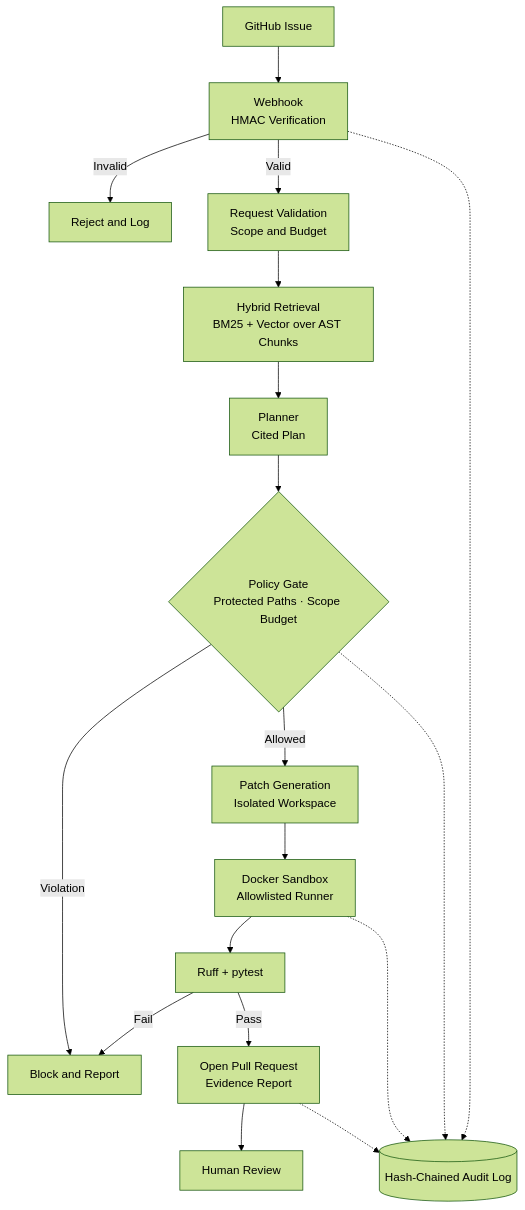
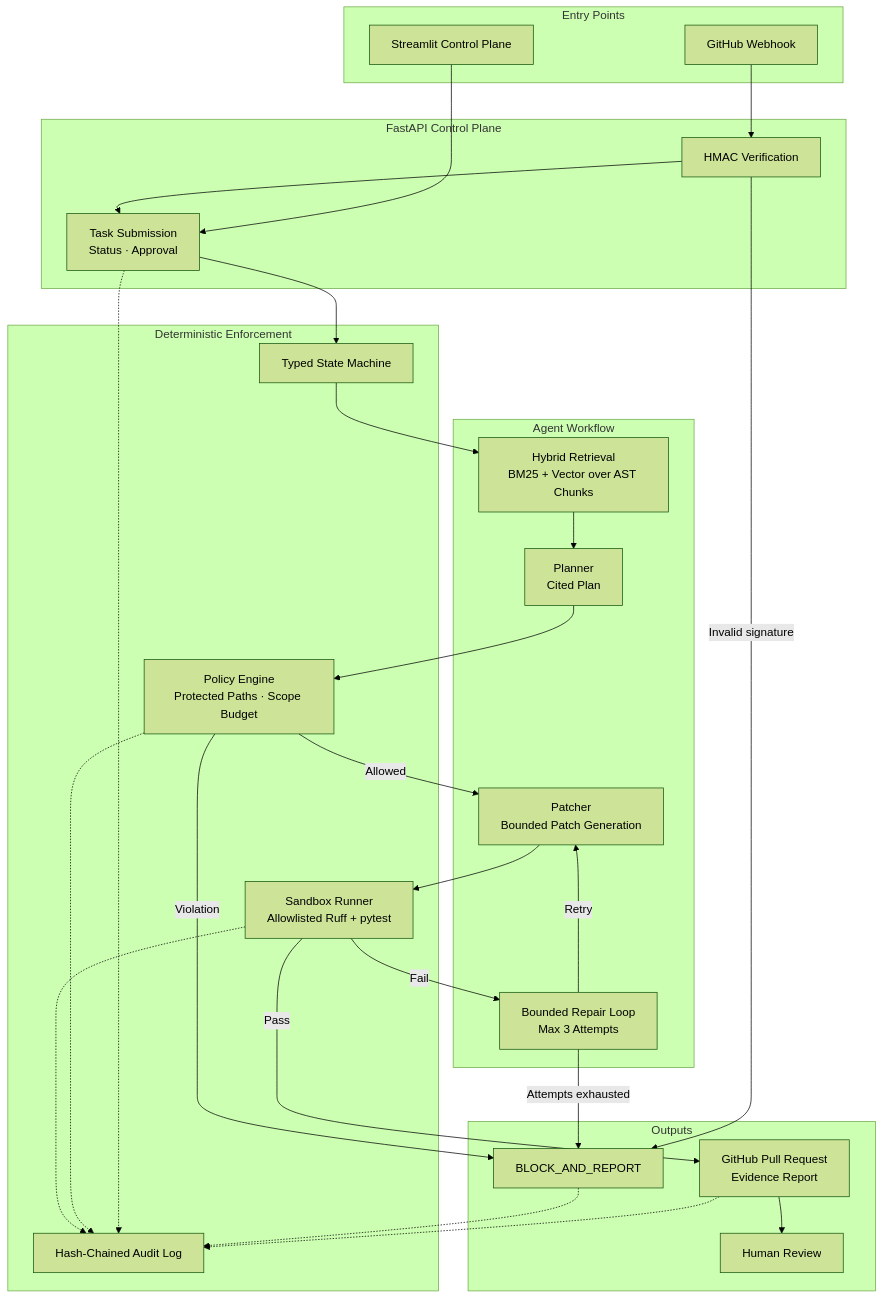
The diagram in README.md (rj1230/patchpilot), drawn with Mermaid (forest theme) before and after one commit. The commit also changed other lines of this file, not shown here.

````diff
--- a/README.md
+++ b/README.md
@@ -81,22 +79,53 @@
 ```mermaid
 flowchart TD
-    A[GitHub Issue] --> B[Webhook<br/>HMAC Verification]
-    B -->|Invalid| Z[Reject and Log]
-    B -->|Valid| C[Request Validation<br/>Scope and Budget]
-    C --> D[Hybrid Retrieval<br/>BM25 + Vector over AST Chunks]
-    D --> E[Planner<br/>Cited Plan]
-    E --> F{Policy Gate<br/>Protected Paths · Scope Budget}
-    F -->|Violation| Y[Block and Report]
-    F -->|Allowed| G[Patch Generation<br/>Isolated Workspace]
-    G --> H[Docker Sandbox<br/>Allowlisted Runner]
-    H --> I[Ruff + pytest]
-    I -->|Fail| Y
-    I -->|Pass| J[Open Pull Request<br/>Evidence Report]
-    J --> K[Human Review]
+    subgraph Entry["Entry Points"]
+        UI[Streamlit Control Plane]
+        GH[GitHub Webhook]
+    end
 
-    L[(Hash-Chained Audit Log)]
-    B -.-> L
-    F -.-> L
-    H -.-> L
-    J -.-> L
+    subgraph API["FastAPI Control Plane"]
+        AUTH[HMAC Verification]
+        TASKS[Task Submission<br/>Status · Approval]
+    end
+
+    subgraph Core["Agent Workflow"]
+        RET[Hybrid Retrieval<br/>BM25 + Vector over AST Chunks]
+        PLAN[Planner<br/>Cited Plan]
+        PATCH[Patcher<br/>Bounded Patch Generation]
+        REPAIR[Bounded Repair Loop<br/>Max 3 Attempts]
+    end
+
+    subgraph Enforcement["Deterministic Enforcement"]
+        POL[Policy Engine<br/>Protected Paths · Scope Budget]
+        SBX[Sandbox Runner<br/>Allowlisted Ruff + pytest]
+        STATE[Typed State Machine]
+        AUDIT[Hash-Chained Audit Log]
+    end
+
+    subgraph Output["Outputs"]
+        PR[GitHub Pull Request<br/>Evidence Report]
+        BLOCK[BLOCK_AND_REPORT]
+        HUMAN[Human Review]
+    end
+
+    UI --> TASKS
+    GH --> AUTH --> TASKS
+    AUTH -->|Invalid signature| BLOCK
+    TASKS --> STATE
+    STATE --> RET --> PLAN
+    PLAN --> POL
+    POL -->|Violation| BLOCK
+    POL -->|Allowed| PATCH
+    PATCH --> SBX
+    SBX -->|Fail| REPAIR
+    REPAIR -->|Retry| PATCH
+    REPAIR -->|Attempts exhausted| BLOCK
+    SBX -->|Pass| PR
+    PR --> HUMAN
+
+    TASKS -.-> AUDIT
+    POL -.-> AUDIT
+    SBX -.-> AUDIT
+    PR -.-> AUDIT
+    BLOCK -.-> AUDIT
 ```
````
